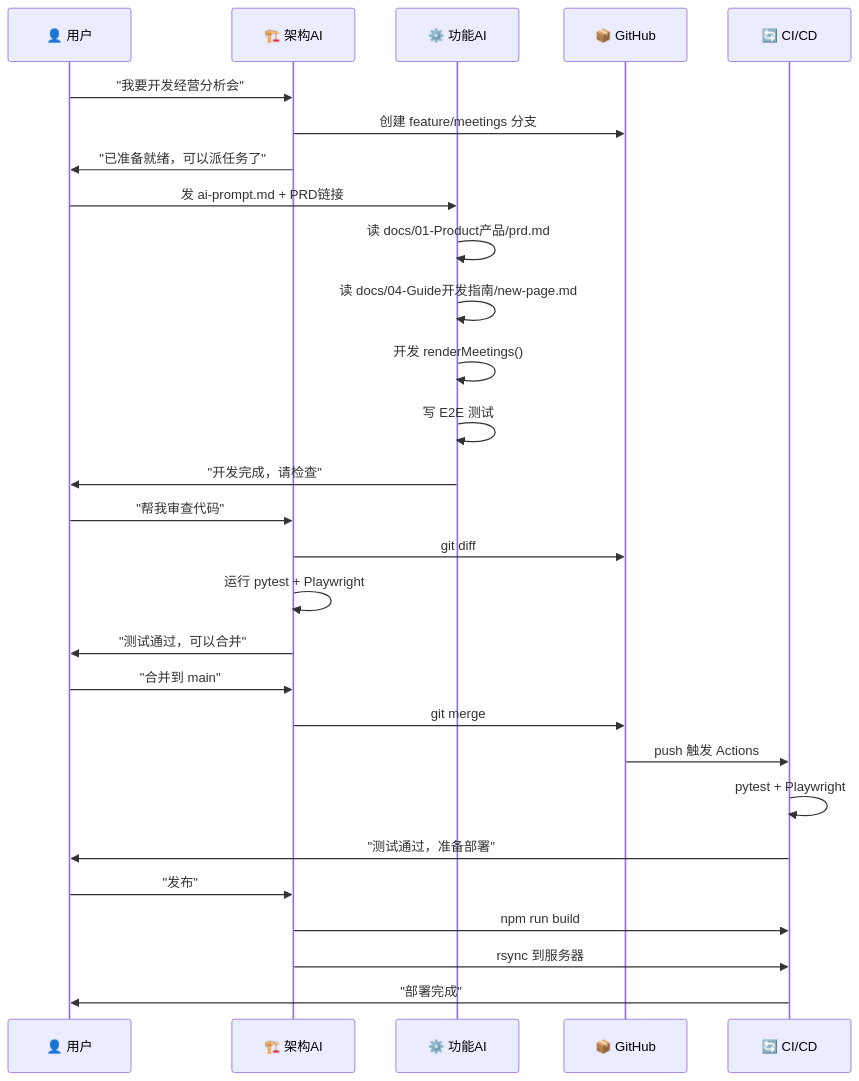
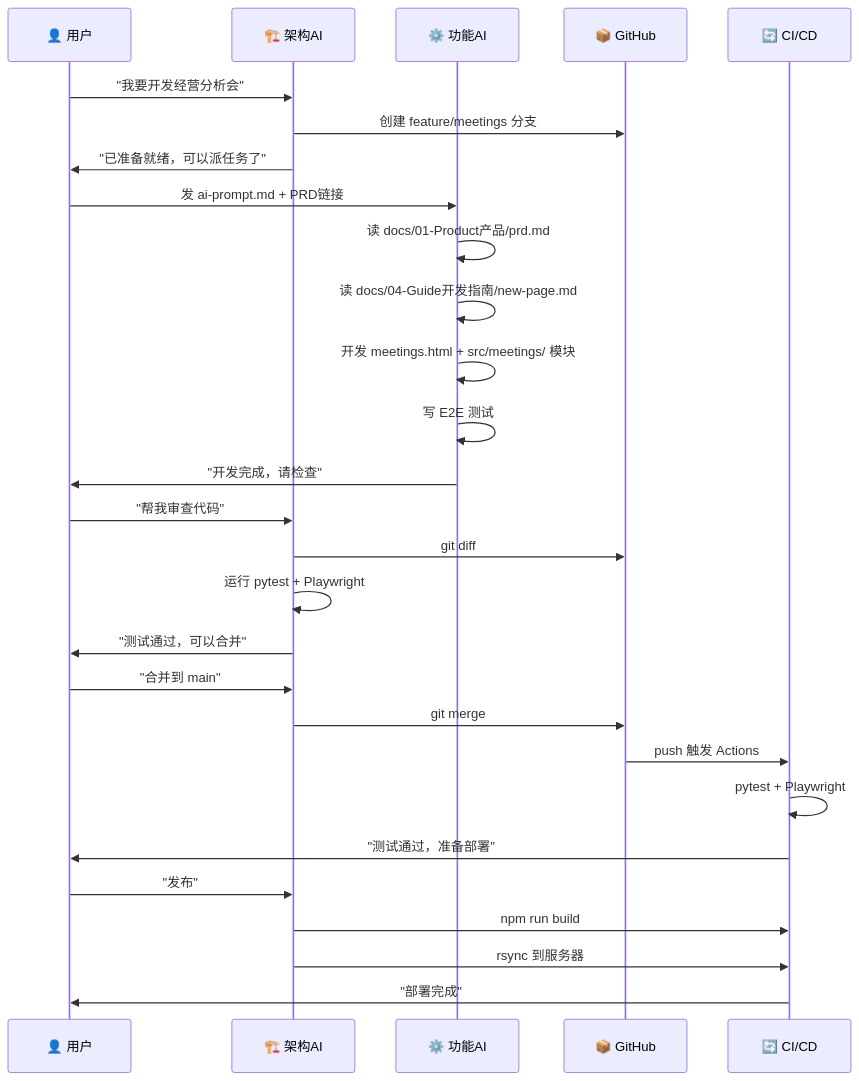
One commit to jingjason1998-cloud/DSTE-Prototype changed the second of 3 diagrams in docs/06-Explanation架构解释/multi-ai-architecture.md. Above: the diagram before and after it, drawn with Mermaid. The commit also changed other lines of this file and 85 other files, not shown here.

````diff
--- a/docs/06-Explanation架构解释/multi-ai-architecture.md
+++ b/docs/06-Explanation架构解释/multi-ai-architecture.md
@@ -73,35 +73,35 @@
 ```mermaid
 sequenceDiagram
     participant U as 👤 用户
     participant Arch as 🏗️ 架构AI
     participant Func as ⚙️ 功能AI
     participant Git as 📦 GitHub
     participant CI as 🔄 CI/CD
 
     U->>Arch: "我要开发经营分析会"
     Arch->>Git: 创建 feature/meetings 分支
     Arch->>U: "已准备就绪，可以派任务了"
 
     U->>Func: 发 ai-prompt.md + PRD链接
     Func->>Func: 读 docs/01-Product产品/prd.md
     Func->>Func: 读 docs/04-Guide开发指南/new-page.md
-    Func->>Func: 开发 renderMeetings()
+    Func->>Func: 开发 meetings.html + src/meetings/ 模块
     Func->>Func: 写 E2E 测试
     Func->>U: "开发完成，请检查"
 
     U->>Arch: "帮我审查代码"
     Arch->>Git: git diff
     Arch->>Arch: 运行 pytest + Playwright
     Arch->>U: "测试通过，可以合并"
 
     U->>Arch: "合并到 main"
     Arch->>Git: git merge
     Git->>CI: push 触发 Actions
     CI->>CI: pytest + Playwright
     CI->>U: "测试通过，准备部署"
 
     U->>Arch: "发布"
     Arch->>CI: npm run build
     Arch->>CI: rsync 到服务器
     CI->>U: "部署完成"
 ```
````
